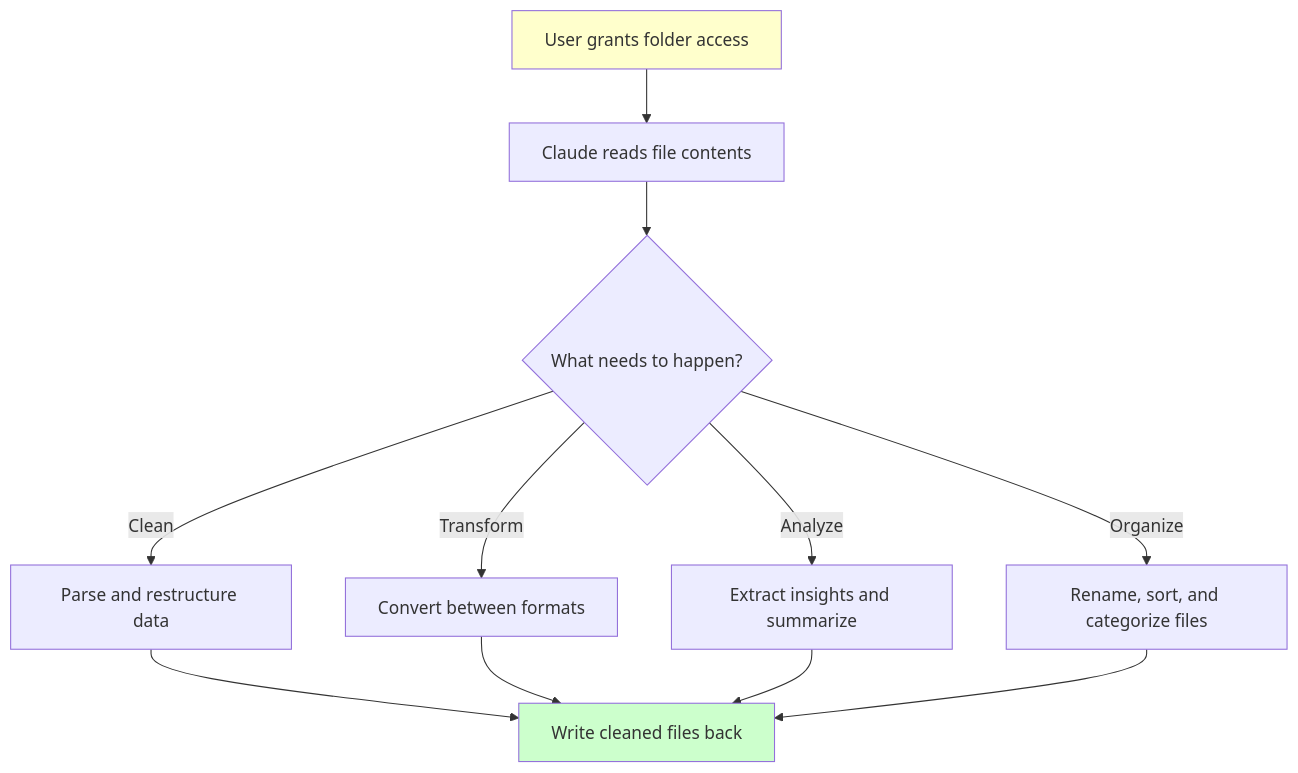
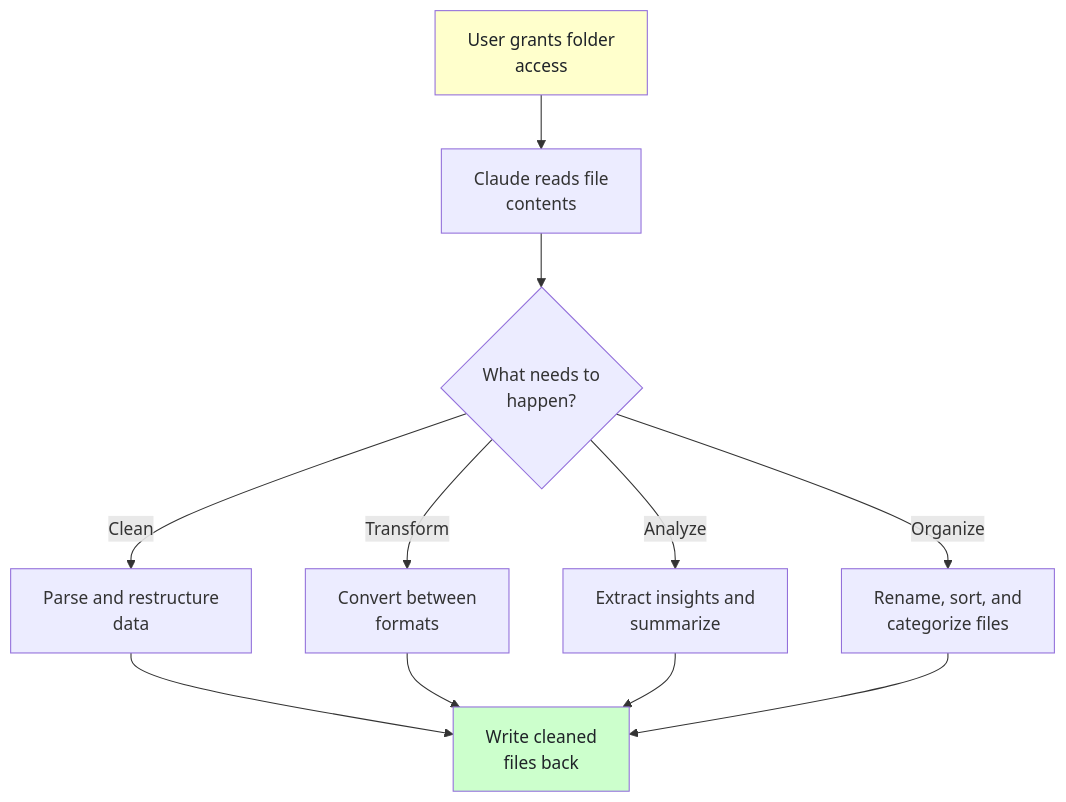
One commit to bytetunnels/bytetunnels.github.com changed the first of 3 diagrams in _posts/2026-01-31-ai-file-agents-claude-cowork-and-the-new-automation-frontier.md. Above: the diagram before and after it, drawn with Mermaid. The commit also changed other lines of this file and 118 other files, not shown here.

Commit message:
feat: improve diagram styling and compact wide flowcharts

````diff
--- a/_posts/2026-01-31-ai-file-agents-claude-cowork-and-the-new-automation-frontier.md
+++ b/_posts/2026-01-31-ai-file-agents-claude-cowork-and-the-new-automation-frontier.md
@@ -25,16 +25,16 @@
 ```mermaid
 graph TD
-    A["User grants folder access"] --> B["Claude reads file contents"]
-    B --> C{"What needs to happen?"}
-    C -->|Clean| D["Parse and restructure data"]
-    C -->|Transform| E["Convert between formats"]
-    C -->|Analyze| F["Extract insights and summarize"]
-    C -->|Organize| G["Rename, sort, and categorize files"]
-    D --> H["Write cleaned files back"]
+    A["User grants folder<br/>access"] --> B["Claude reads file<br/>contents"]
+    B --> C{"What needs to<br/>happen?"}
+    C -->|Clean| D["Parse and restructure<br/>data"]
+    C -->|Transform| E["Convert between<br/>formats"]
+    C -->|Analyze| F["Extract insights and<br/>summarize"]
+    C -->|Organize| G["Rename, sort, and<br/>categorize files"]
+    D --> H["Write cleaned<br/>files back"]
     E --> H
     F --> H
     G --> H
 
-    style A fill:#ffffcc
-    style H fill:#ccffcc
+    style A fill:#ffffcc,color:#1f2328
+    style H fill:#ccffcc,color:#1f2328
 ```
````
